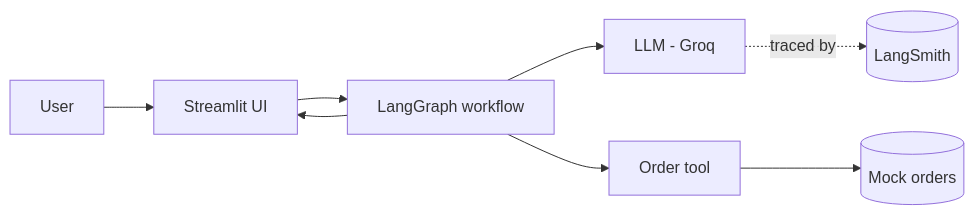
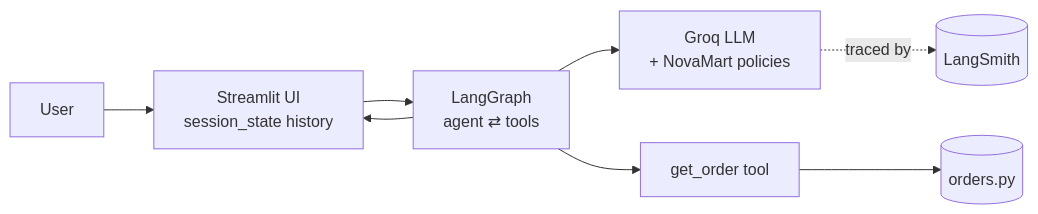
One commit to Qaziaaaa/ai-customer-support-assistant changed the diagram in README.md. Above: the diagram before and after it, drawn with Mermaid. The commit also changed other lines of this file and 3 other files, not shown here.

Commit message:
docs: ARCHITECTURE.md mermaid diagrams + README/LEARNING finalization

````diff
--- a/README.md
+++ b/README.md
@@ -37,10 +42,10 @@
 ```mermaid
 flowchart LR
-    U[User] --> UI[Streamlit UI]
-    UI --> G[LangGraph workflow]
-    G --> L[LLM - Groq]
-    G --> T[Order tool]
-    T --> D[(Mock orders)]
+    U[User] --> UI[Streamlit UI<br/>session_state history]
+    UI --> G[LangGraph<br/>agent ⇄ tools]
+    G --> L[Groq LLM<br/>+ NovaMart policies]
+    G --> T[get_order tool]
+    T --> D[(orders.py)]
     G --> UI
     L -. traced by .-> LS[(LangSmith)]
 ```
````
